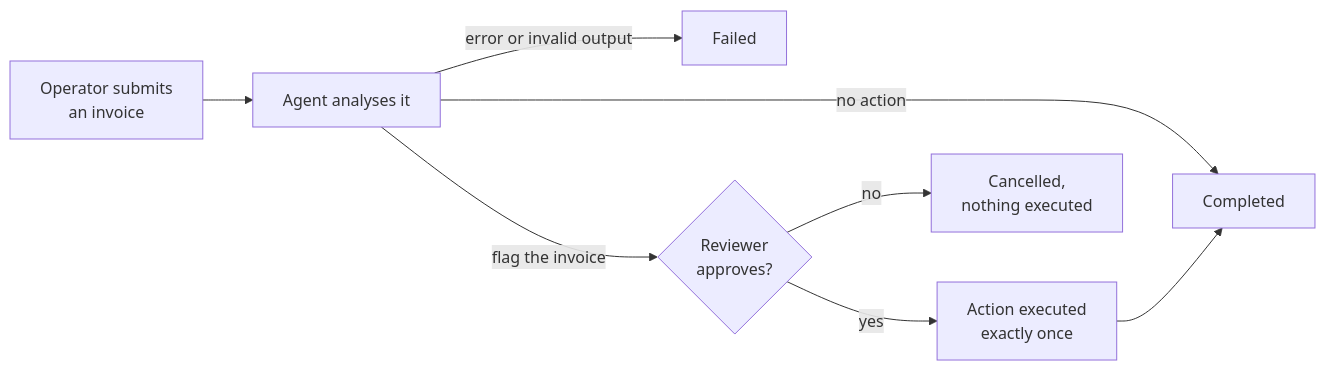
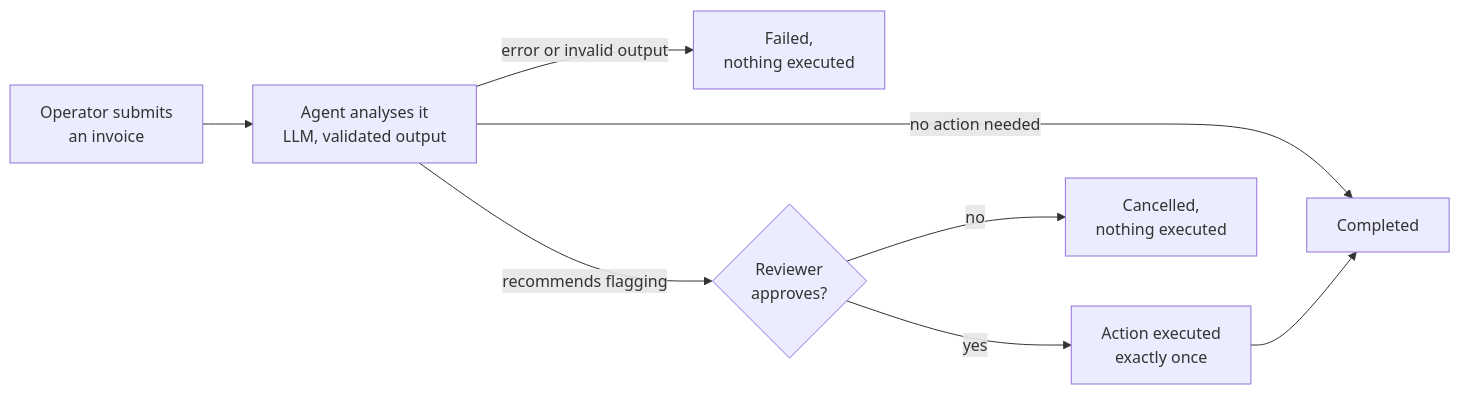
One commit to Daniil-Hirchyts/AgentOps-Control-Center changed the diagram in README.md. Above: the diagram before and after it, drawn with Mermaid. The commit also changed other lines of this file, not shown here.

Commit message:
docs(readme): present the engineering behind the agent workflow for technical readers

````diff
--- a/README.md
+++ b/README.md
@@ -55,10 +63,10 @@
 ```mermaid
 flowchart LR
-    O[Operator submits<br/>an invoice] --> A[Agent analyses it]
-    A -->|no action| C[Completed]
-    A -->|error or invalid output| F[Failed]
-    A -->|flag the invoice| G{Reviewer<br/>approves?}
+    O[Operator submits<br/>an invoice] --> A[Agent analyses it<br/>LLM, validated output]
+    A -->|no action needed| C[Completed]
+    A -->|error or invalid output| F[Failed,<br/>nothing executed]
+    A -->|recommends flagging| G{Reviewer<br/>approves?}
     G -->|yes| X[Action executed<br/>exactly once]
     G -->|no| R[Cancelled,<br/>nothing executed]
     X --> C
 ```
````
